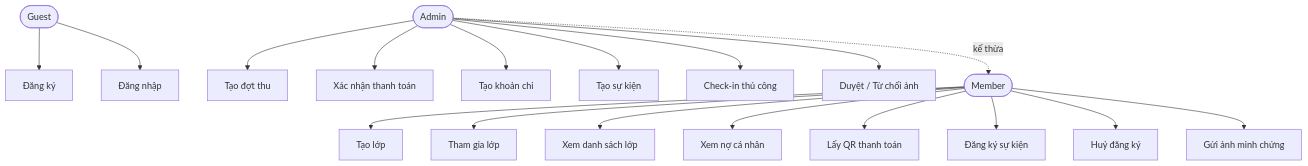
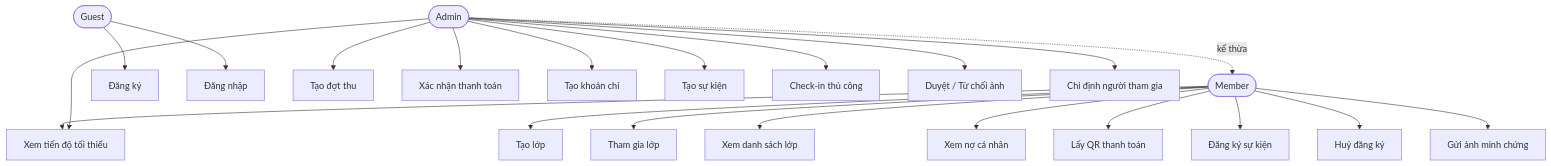
The diagram in 03-actor-usecase.md (ndp-ab/classhub-docs), drawn with Mermaid before and after one commit. The commit also changed other lines of this file and 13 other files, not shown here.

````diff
--- a/03-actor-usecase.md
+++ b/03-actor-usecase.md
@@ -108,44 +114,49 @@
 ```mermaid
 graph TB
     G([Guest])
     M([Member])
     A([Admin])
 
     UC1[Đăng ký]
     UC2[Đăng nhập]
     UC3[Tạo lớp]
     UC4[Tham gia lớp]
     UC5[Xem danh sách lớp]
     UC6[Xem nợ cá nhân]
     UC7[Lấy QR thanh toán]
     UC8[Đăng ký sự kiện]
     UC9[Huỷ đăng ký]
     UC10[Tạo đợt thu]
     UC11[Xác nhận thanh toán]
     UC12[Tạo khoản chi]
     UC13[Tạo sự kiện]
     UC14[Check-in thủ công]
     UC15[Gửi ảnh minh chứng]
     UC16[Duyệt / Từ chối ảnh]
+    UC17[Chỉ định người tham gia]
+    UC18[Xem tiến độ tối thiểu]
 
     G --> UC1
     G --> UC2
 
     M --> UC3
     M --> UC4
     M --> UC5
     M --> UC6
     M --> UC7
     M --> UC8
     M --> UC9
     M --> UC15
+    M --> UC18
 
     A --> UC10
     A --> UC11
     A --> UC12
     A --> UC13
     A --> UC14
     A --> UC16
+    A --> UC17
+    A --> UC18
 
     A -.kế thừa.-> M
 ```
````
